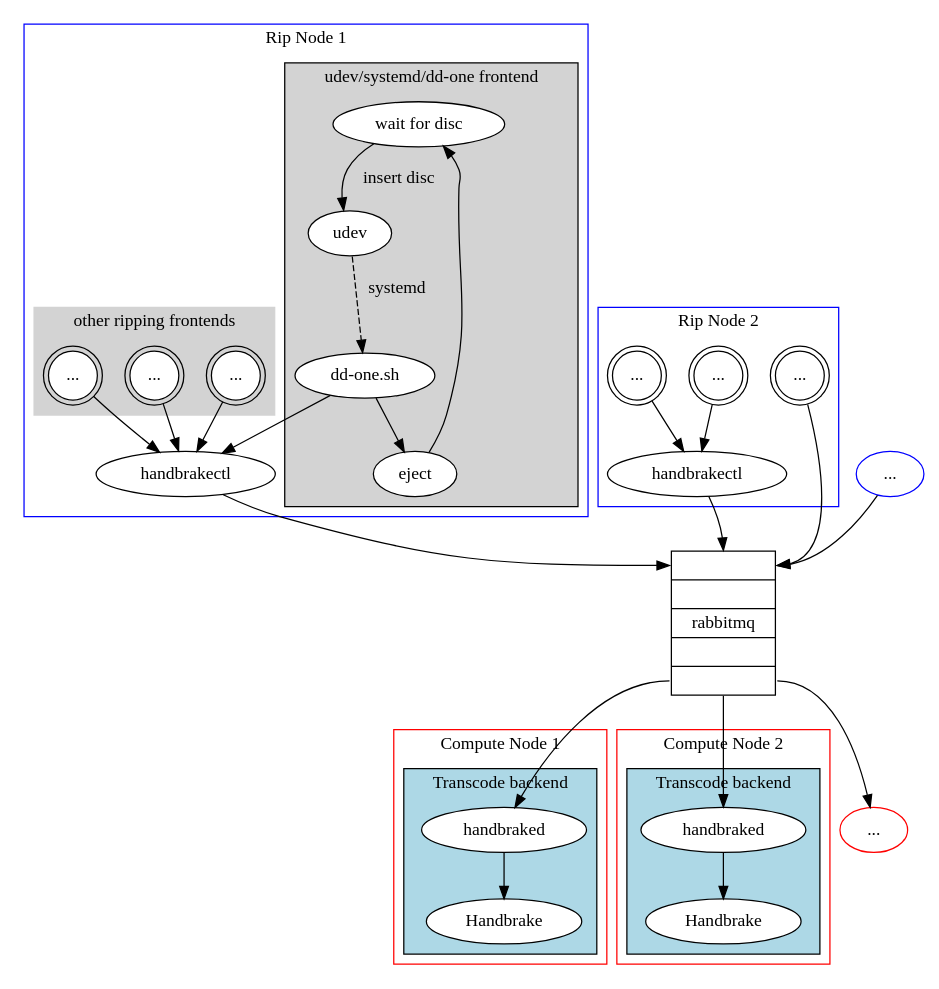
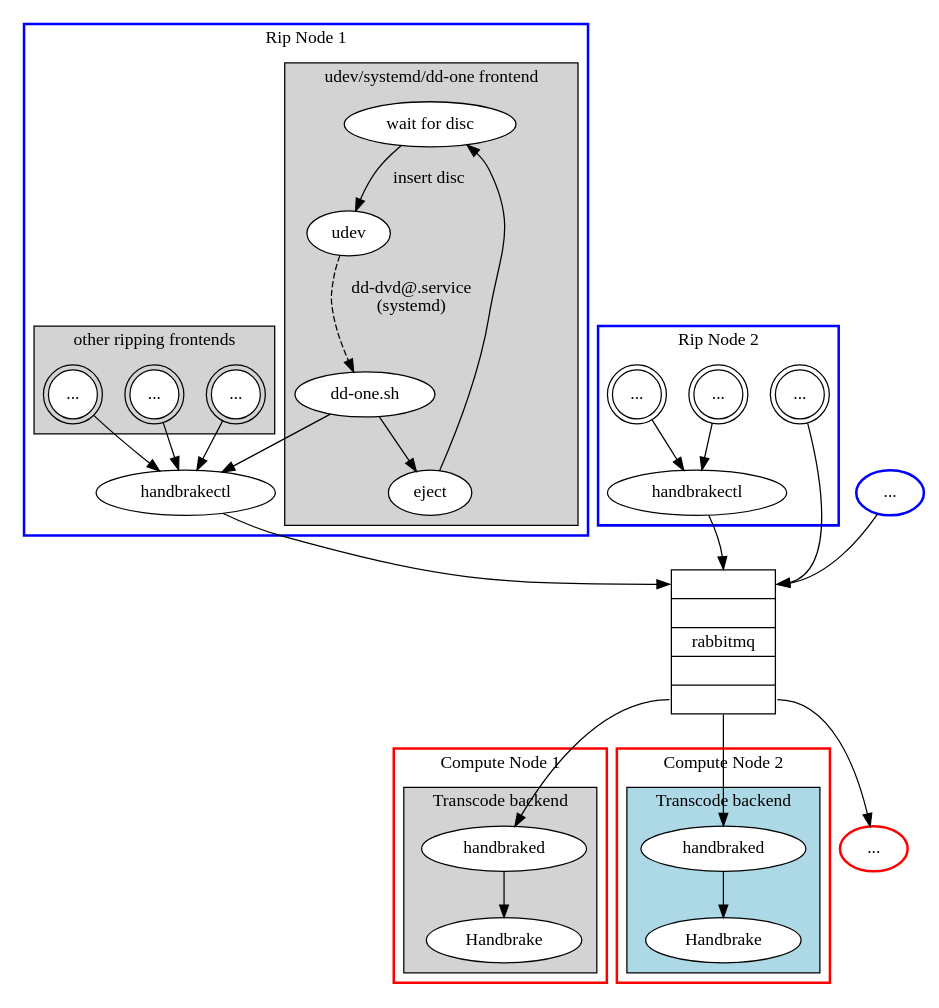
The diagram in static/handbraked3.dot (mgalgs/mgalgs.github.io), drawn with Graphviz before and after one commit. The commit also changed 4 other files, not shown here.

```diff
--- a/static/handbraked3.dot
+++ b/static/handbraked3.dot
@@ -1,90 +1,95 @@
 digraph G {
     subgraph cluster_rip1 {
         label="Rip Node 1";
         color=blue;
+        style=bold;
         subgraph cluster_ddonefrontend {
             node [style=filled,fillcolor=white];
             style=filled;
             fillcolor=lightgrey;
             color=black;
             label="udev/systemd/dd-one frontend";
             "wait for disc" -> udev [label=" insert disc  "];
-            udev -> "dd-one.sh" [label=" systemd",style=dashed];
+            udev -> "dd-one.sh" [label=" dd-dvd@.service\n(systemd)",style=dashed];
             "dd-one.sh" -> eject;
             eject -> "wait for disc";
         }
 
         subgraph cluster_otherfrontends {
             node [style=filled,fillcolor=white];
             style=filled;
-            color=lightgrey;
+            fillcolor=lightgrey;
+            color=black;
             label="other ripping frontends"
             dotdotdot1 [shape=doublecircle,label="..."];
             dotdotdot2 [shape=doublecircle,label="..."];
             dotdotdot3 [shape=doublecircle,label="..."];
         }
 
         dotdotdot1 -> handbrakectl;
         dotdotdot2 -> handbrakectl;
         dotdotdot3 -> handbrakectl;
         "dd-one.sh" -> handbrakectl;
     }
 
     subgraph cluster_rip2 {
         label="Rip Node 2";
         color=blue;
+        style=bold;
         rip2dotdotdot1 [shape=doublecircle,label="..."];
         rip2dotdotdot2 [shape=doublecircle,label="..."];
         rip2dotdotdot3 [shape=doublecircle,label="..."];
 
         rip2dotdotdot1 -> handbrakectl2;
         rip2dotdotdot2 -> handbrakectl2;
         handbrakectl2 [label="handbrakectl"];
     }
 
     subgraph cluster_compute1 {
         label="Compute Node 1"
         color=red;
+        style=bold;
         subgraph cluster_transcodebackend1 {
             label="Transcode backend"
             style=filled;
             color=black;
-            fillcolor=lightblue;
+            fillcolor=lightgrey;
             node [style=filled,fillcolor=white];
             handbraked1 -> Handbrake1;
             handbraked1 [label="handbraked"];
             Handbrake1 [label="Handbrake"];
         }
     }
 
     subgraph cluster_compute2 {
         label="Compute Node 2"
         color=red;
+        style=bold;
         subgraph cluster_transcodebackend2 {
             label="Transcode backend"
             style=filled;
             color=black;
             fillcolor=lightblue;
             node [style=filled,fillcolor=white];
             handbraked2 -> Handbrake2;
             handbraked2 [label="handbraked"];
             Handbrake2 [label="Handbrake"];
         }
     }
 
     "rabbitmq" [
               shape = "record";
               label = "{ <f0> | <f1> | <f2> rabbitmq | <f3> | <f4> }";
               ];
     
     handbrakectl -> "rabbitmq":f0;
     handbrakectl2 -> "rabbitmq":f0;
     rip2dotdotdot3 -> "rabbitmq":f0;
     copydotdotdot -> "rabbitmq":f0;
-    copydotdotdot [label="...",color=blue]
+    copydotdotdot [label="...",color=blue,style=bold]
 
     "rabbitmq":f4 -> handbraked1;
     "rabbitmq":f4 -> handbraked2;
     "rabbitmq":f4 -> computedotdotdot;
-    computedotdotdot [label="...",color=red];
+    computedotdotdot [label="...",color=red,style=bold];
 }
```
